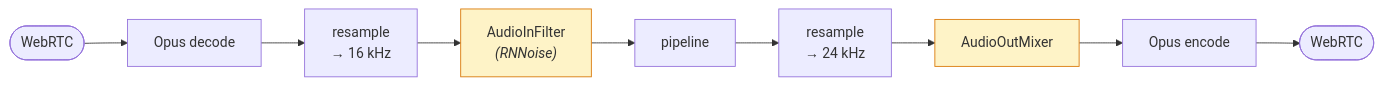
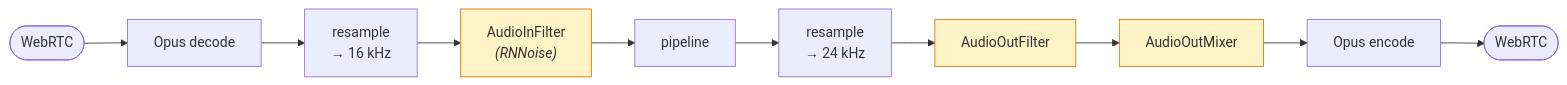
The diagram in docs/guides/audio.md (gojargo/jargo), drawn with Mermaid before and after one commit. The commit also changed other lines of this file and 5 other files, not shown here.

First line of the commit message:
feat(transport): filter the audio the output transport sends

````diff
--- a/docs/guides/audio.md
+++ b/docs/guides/audio.md
@@ -13,10 +13,11 @@
 ```mermaid
 flowchart LR
     Net(["WebRTC"]) --> Dec["Opus decode"] --> Rs1["resample<br/>→ 16 kHz"]
     Rs1 --> Filt["AudioInFilter<br/><i>(RNNoise)</i>"] --> Pipe["pipeline"]
-    Pipe --> Rs2["resample<br/>→ 24 kHz"] --> Mix["AudioOutMixer"]
+    Pipe --> Rs2["resample<br/>→ 24 kHz"] --> OutFilt["AudioOutFilter"] --> Mix["AudioOutMixer"]
     Mix --> Enc["Opus encode"] --> Net2(["WebRTC"])
 
     style Filt fill:#fef3c7,stroke:#d97706
+    style OutFilt fill:#fef3c7,stroke:#d97706
     style Mix fill:#fef3c7,stroke:#d97706
 ```
````
